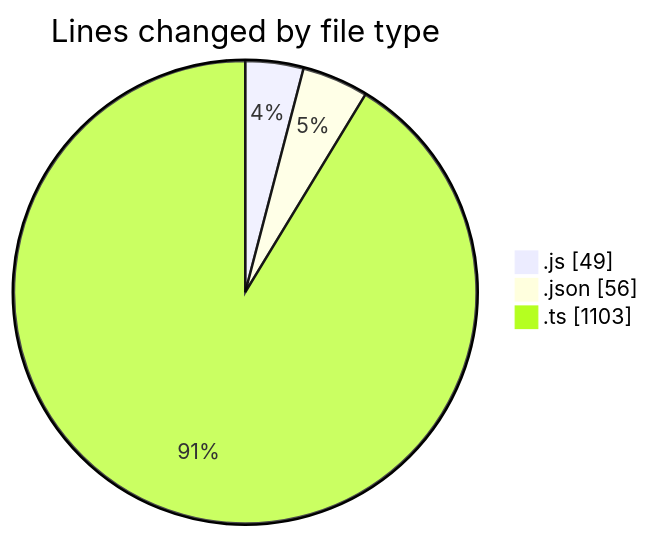
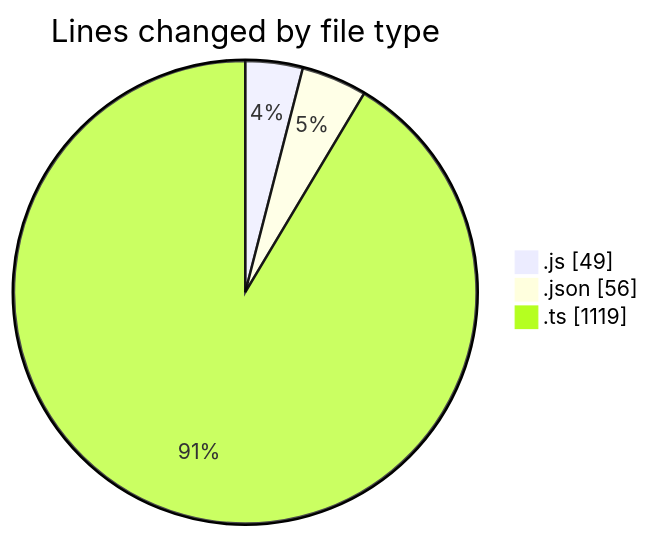
The first of 2 diagrams in 2025-09-04/cda/README.md (momahboobian/code-tracking), drawn with Mermaid before and after one commit. The commit also changed other lines of this file and 1 other file, not shown here.

````diff
--- a/2025-09-04/cda/README.md
+++ b/2025-09-04/cda/README.md
@@ -23,7 +23,7 @@
 ```mermaid
 pie showData
 title Lines changed by file type
 ".js" : 49
 ".json" : 56
-".ts" : 1103
+".ts" : 1119
 ```
````
